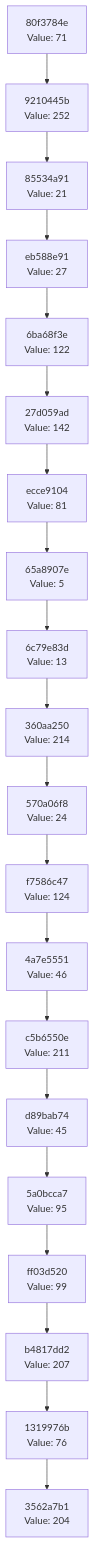
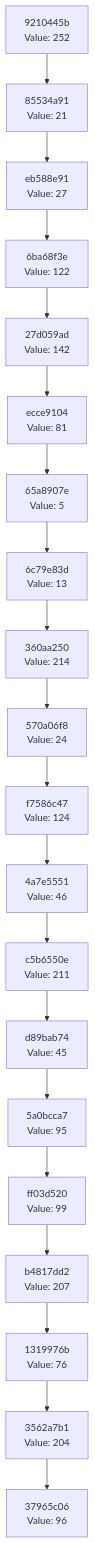
The diagram in docs/CHAIN_VISUALIZATION.md (Abhisheksinha1506/hash-chain-evolver), drawn with Mermaid before and after one commit. The commit also changed 2 other files, not shown here.

Commit message:
Evolution Step

````diff
--- a/docs/CHAIN_VISUALIZATION.md
+++ b/docs/CHAIN_VISUALIZATION.md
@@ -3,42 +3,42 @@
 ```mermaid
 graph TD
-    C0["3562a7b1<br/>Value: 204"]
-    C1["1319976b<br/>Value: 76"]
+    C0["37965c06<br/>Value: 96"]
+    C1["3562a7b1<br/>Value: 204"]
     C1 --> C0
-    C2["b4817dd2<br/>Value: 207"]
+    C2["1319976b<br/>Value: 76"]
     C2 --> C1
-    C3["ff03d520<br/>Value: 99"]
+    C3["b4817dd2<br/>Value: 207"]
     C3 --> C2
-    C4["5a0bcca7<br/>Value: 95"]
+    C4["ff03d520<br/>Value: 99"]
     C4 --> C3
-    C5["d89bab74<br/>Value: 45"]
+    C5["5a0bcca7<br/>Value: 95"]
     C5 --> C4
-    C6["c5b6550e<br/>Value: 211"]
+    C6["d89bab74<br/>Value: 45"]
     C6 --> C5
-    C7["4a7e5551<br/>Value: 46"]
+    C7["c5b6550e<br/>Value: 211"]
     C7 --> C6
-    C8["f7586c47<br/>Value: 124"]
+    C8["4a7e5551<br/>Value: 46"]
     C8 --> C7
-    C9["570a06f8<br/>Value: 24"]
+    C9["f7586c47<br/>Value: 124"]
     C9 --> C8
-    C10["360aa250<br/>Value: 214"]
+    C10["570a06f8<br/>Value: 24"]
     C10 --> C9
-    C11["6c79e83d<br/>Value: 13"]
+    C11["360aa250<br/>Value: 214"]
     C11 --> C10
-    C12["65a8907e<br/>Value: 5"]
+    C12["6c79e83d<br/>Value: 13"]
     C12 --> C11
-    C13["ecce9104<br/>Value: 81"]
+    C13["65a8907e<br/>Value: 5"]
     C13 --> C12
-    C14["27d059ad<br/>Value: 142"]
+    C14["ecce9104<br/>Value: 81"]
     C14 --> C13
-    C15["6ba68f3e<br/>Value: 122"]
+    C15["27d059ad<br/>Value: 142"]
     C15 --> C14
-    C16["eb588e91<br/>Value: 27"]
+    C16["6ba68f3e<br/>Value: 122"]
     C16 --> C15
-    C17["85534a91<br/>Value: 21"]
+    C17["eb588e91<br/>Value: 27"]
     C17 --> C16
-    C18["9210445b<br/>Value: 252"]
+    C18["85534a91<br/>Value: 21"]
     C18 --> C17
-    C19["80f3784e<br/>Value: 71"]
+    C19["9210445b<br/>Value: 252"]
     C19 --> C18
 ```
````
